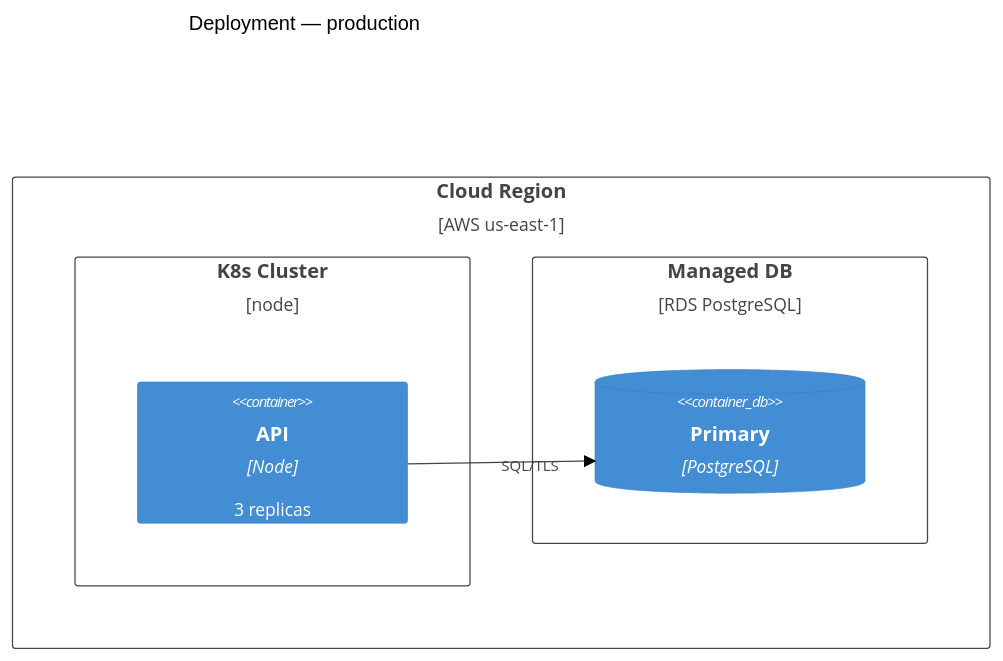
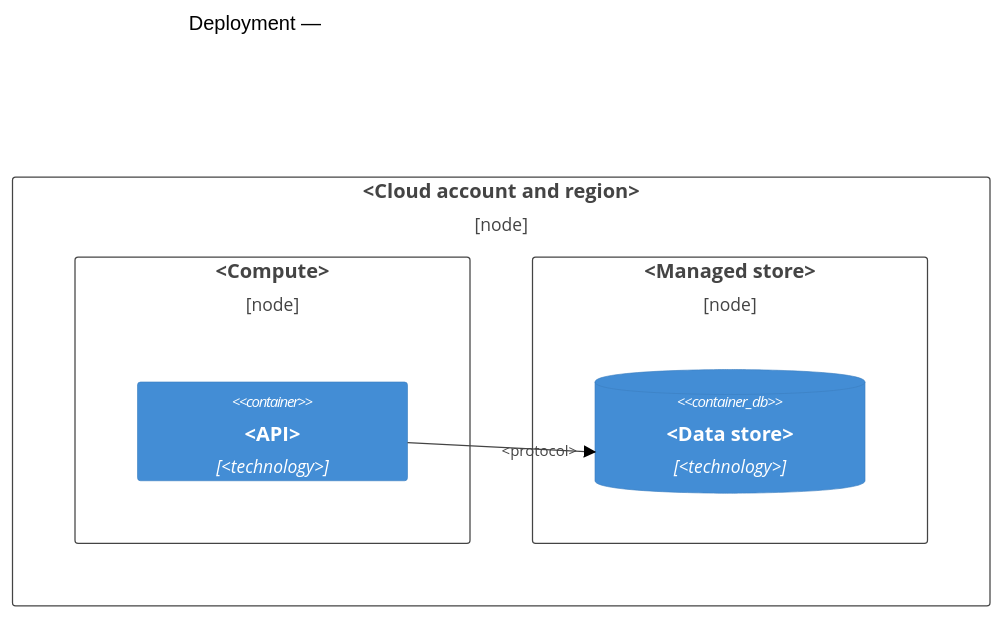
Before and after one commit to mark-satterfield/toolset: the sixth of 6 diagrams in plugins/agent-teams-workforce/skills/arc42-author/references/section-templates.md, drawn with Mermaid (forest theme). The commit also changed other lines of this file and 29 other files, not shown here.

First line of the commit message:
feat(agent-teams-workforce): rewrite the arc42 skills to the architecture documentation model

````diff
--- a/plugins/agent-teams-workforce/skills/arc42-author/references/section-templates.md
+++ b/plugins/agent-teams-workforce/skills/arc42-author/references/section-templates.md
@@ -253,13 +211,13 @@
 ```mermaid
 C4Deployment
-  title Deployment — production
-  Deployment_Node(cloud, "Cloud Region", "AWS us-east-1") {
-    Deployment_Node(cluster, "K8s Cluster") {
-      Container(api, "API", "Node", "3 replicas")
+  title Deployment — <environment>
+  Deployment_Node(cloud, "<Cloud account and region>") {
+    Deployment_Node(compute, "<Compute>") {
+      Container(api, "<API>", "<technology>")
     }
-    Deployment_Node(rds, "Managed DB", "RDS PostgreSQL") {
-      ContainerDb(db, "Primary", "PostgreSQL")
+    Deployment_Node(storage, "<Managed store>") {
+      ContainerDb(db, "<Data store>", "<technology>")
     }
   }
-  Rel(api, db, "SQL/TLS")
+  Rel(api, db, "<protocol>")
 ```
````
